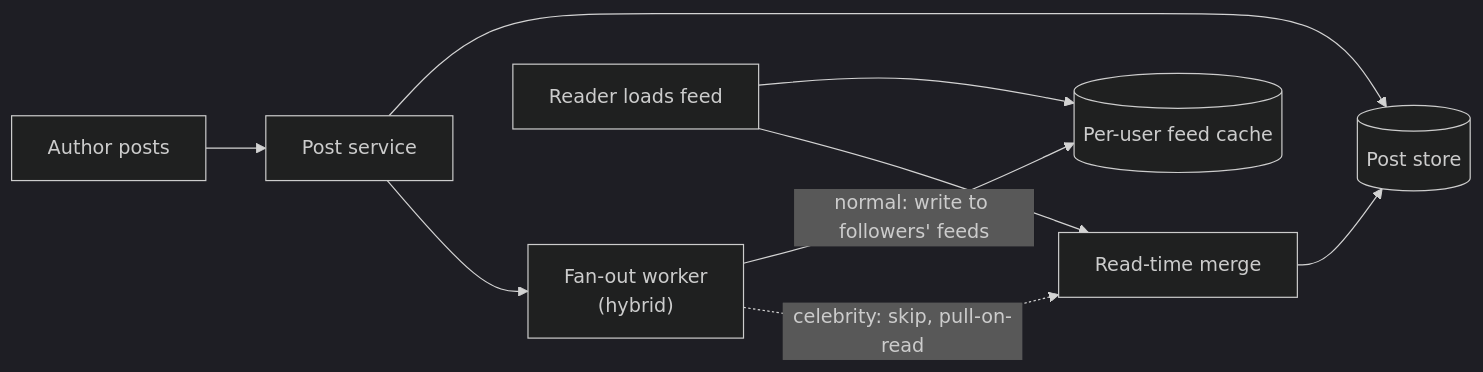
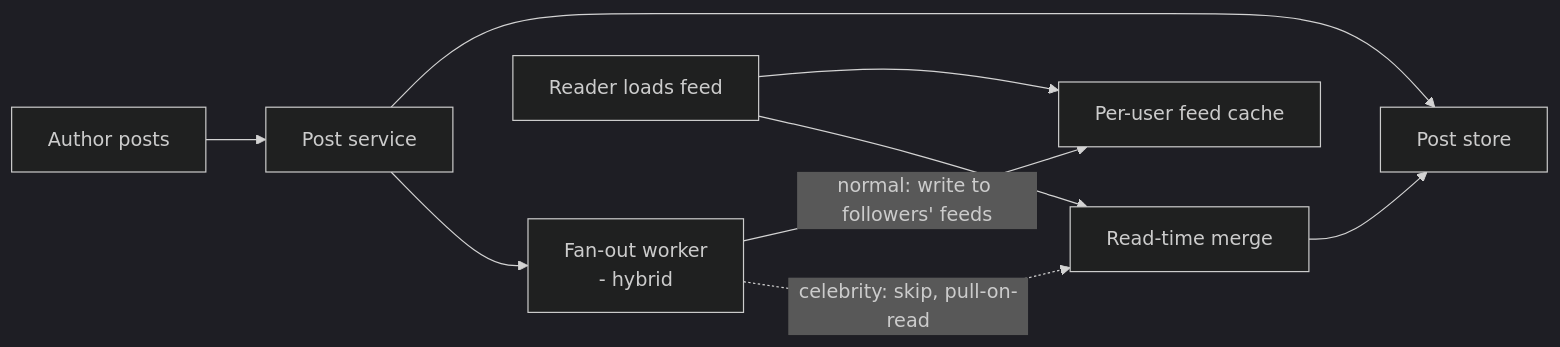
Before and after one commit to RIT-MESH/system-design-mastery: the first of 4 diagrams in case-studies/intermediate/social-media-feed.md, drawn with Mermaid (dark theme). The commit also changed 139 other files, not shown here.

First line of the commit message:
Fix Mermaid parse errors: replace parentheses in node labels across 140 files

````diff
--- a/case-studies/intermediate/social-media-feed.md
+++ b/case-studies/intermediate/social-media-feed.md
@@ -50,11 +50,11 @@
 ```mermaid
 %% created-for: system-design-mastery
 flowchart LR
   Author["Author posts"] --> PostSvc["Post service"]
-  PostSvc --> Store[("Post store")]
-  PostSvc --> Fanout["Fan-out worker<br/>(hybrid)"]
-  Fanout -->|"normal: write to followers' feeds"| FeedCache[("Per-user feed cache")]
+  PostSvc --> Store["Post store"]
+  PostSvc --> Fanout["Fan-out worker<br/> - hybrid"]
+  Fanout -->|"normal: write to followers' feeds"| FeedCache["Per-user feed cache"]
   Fanout -.celebrity: skip, pull-on-read.-> Pull["Read-time merge"]
   Reader["Reader loads feed"] --> FeedCache
   Reader --> Pull --> Store
 ```
````
